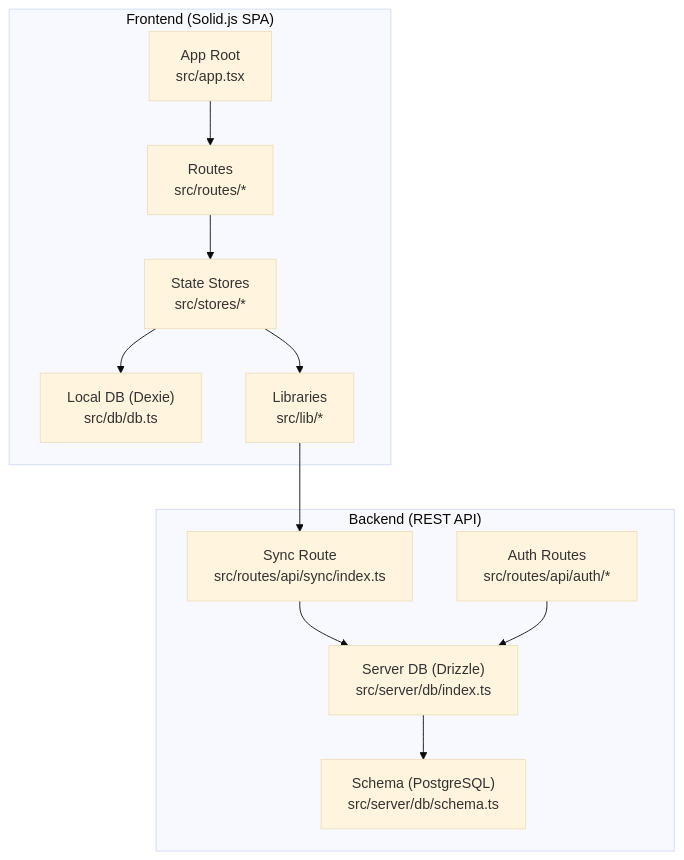
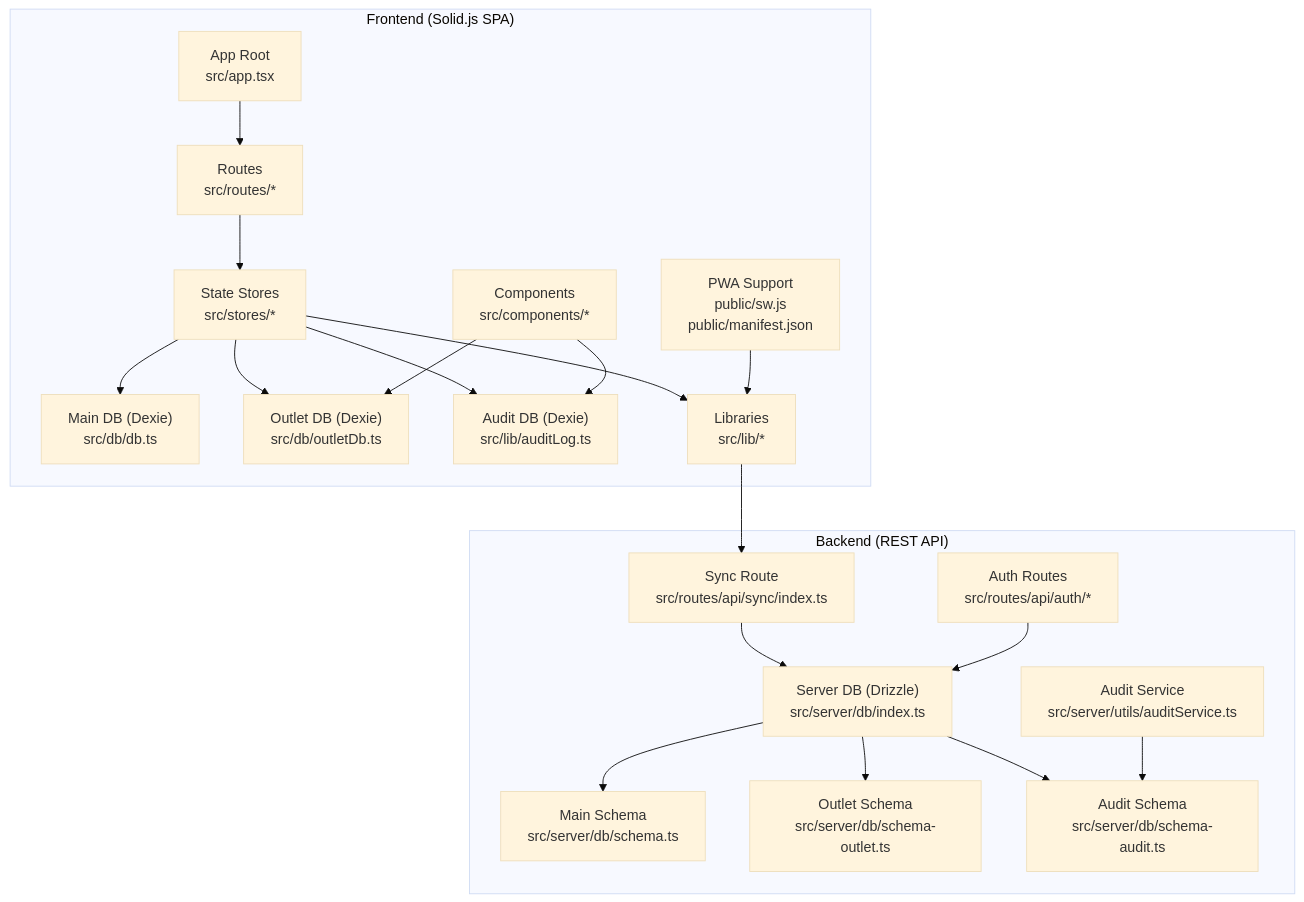
Before and after one commit to riod94/ngepos: the first of 13 diagrams in .qoder/repowiki/en/content/Architecture Overview.md, drawn with Mermaid (base theme). The commit also changed other lines of this file and 18 other files, not shown here.

````diff
--- a/.qoder/repowiki/en/content/Architecture Overview.md
+++ b/.qoder/repowiki/en/content/Architecture Overview.md
@@ -45,24 +67,39 @@
 ```mermaid
 graph TB
 subgraph "Frontend (Solid.js SPA)"
 APP["App Root<br/>src/app.tsx"]
 ROUTES["Routes<br/>src/routes/*"]
 STORES["State Stores<br/>src/stores/*"]
-DBLOCAL["Local DB (Dexie)<br/>src/db/db.ts"]
+DBLOCAL["Main DB (Dexie)<br/>src/db/db.ts"]
+DBOUTLET["Outlet DB (Dexie)<br/>src/db/outletDb.ts"]
+AUDITLOCAL["Audit DB (Dexie)<br/>src/lib/auditLog.ts"]
 LIB["Libraries<br/>src/lib/*"]
+COMPONENTS["Components<br/>src/components/*"]
+PWA["PWA Support<br/>public/sw.js<br/>public/manifest.json"]
 end
 subgraph "Backend (REST API)"
 API_AUTH["Auth Routes<br/>src/routes/api/auth/*"]
 API_SYNC["Sync Route<br/>src/routes/api/sync/index.ts"]
 SERVER_DB["Server DB (Drizzle)<br/>src/server/db/index.ts"]
-SCHEMA["Schema (PostgreSQL)<br/>src/server/db/schema.ts"]
+SCHEMA_MAIN["Main Schema<br/>src/server/db/schema.ts"]
+SCHEMA_OUTLET["Outlet Schema<br/>src/server/db/schema-outlet.ts"]
+SCHEMA_AUDIT["Audit Schema<br/>src/server/db/schema-audit.ts"]
+AUDITSVC["Audit Service<br/>src/server/utils/auditService.ts"]
 end
 APP --> ROUTES
 ROUTES --> STORES
 STORES --> DBLOCAL
+STORES --> DBOUTLET
+STORES --> AUDITLOCAL
 STORES --> LIB
 LIB --> API_SYNC
+COMPONENTS --> DBOUTLET
+COMPONENTS --> AUDITLOCAL
+PWA --> LIB
 API_SYNC --> SERVER_DB
 API_AUTH --> SERVER_DB
-SERVER_DB --> SCHEMA
+SERVER_DB --> SCHEMA_MAIN
+SERVER_DB --> SCHEMA_OUTLET
+SERVER_DB --> SCHEMA_AUDIT
+AUDITSVC --> SCHEMA_AUDIT
 ```
````
